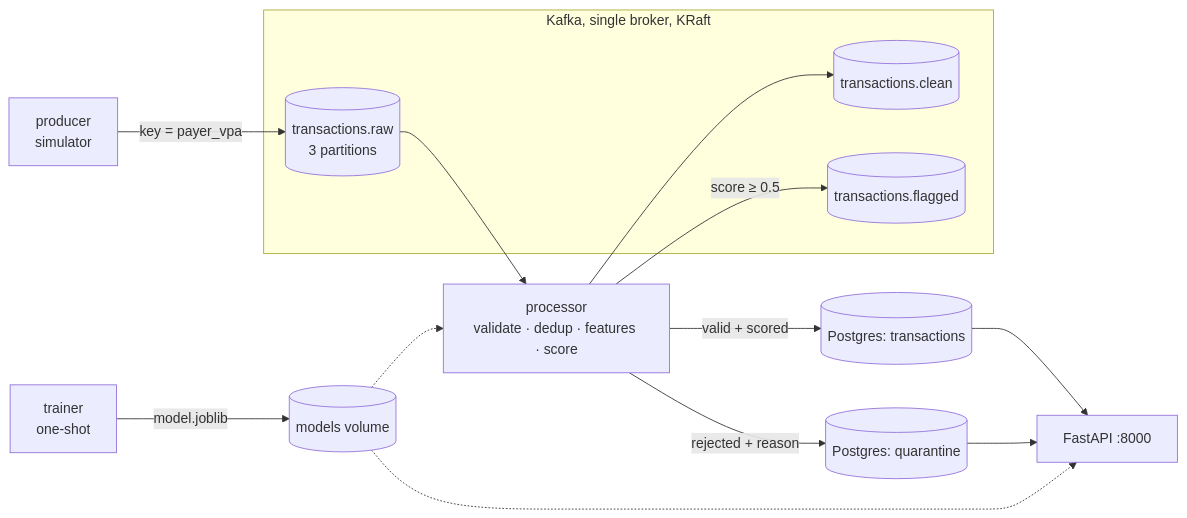
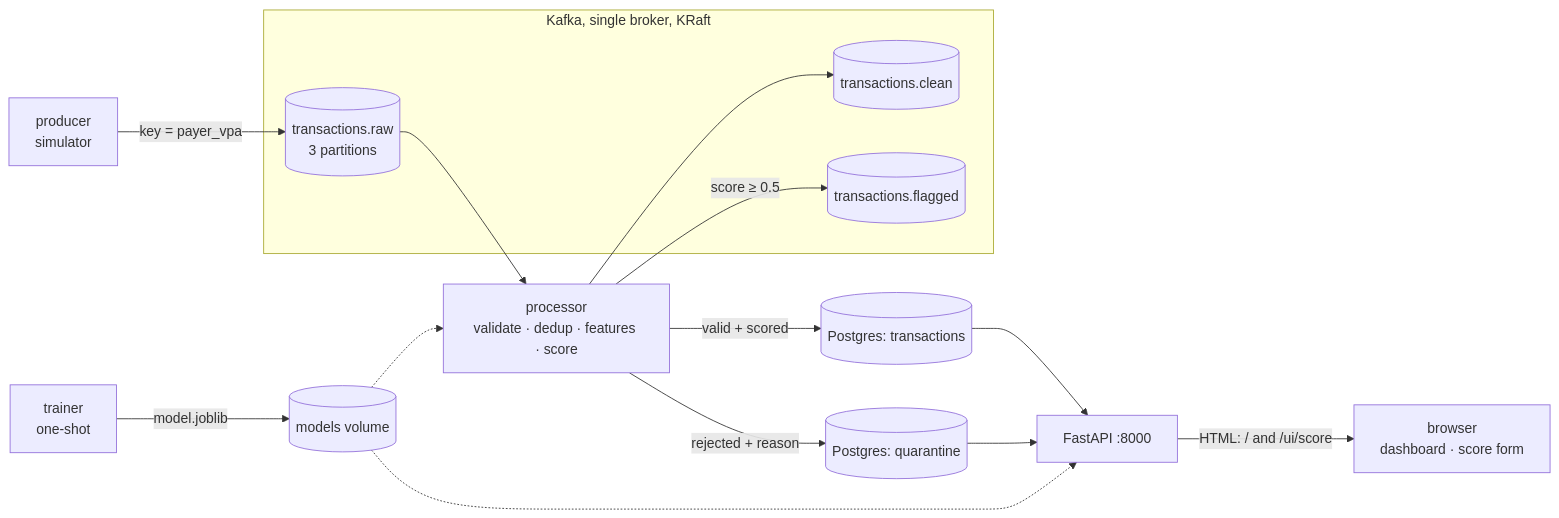
One commit to KARNATI-SREERAM/upi-fraud-pipeline changed the diagram in README.md. Above: the diagram before and after it, drawn with Mermaid. The commit also changed other lines of this file and 8 other files, not shown here.

````diff
--- a/README.md
+++ b/README.md
@@ -11,19 +11,20 @@
 ```mermaid
 flowchart LR
     T[trainer<br/>one-shot] -->|model.joblib| V[(models volume)]
     P[producer<br/>simulator] -->|key = payer_vpa| R[(transactions.raw<br/>3 partitions)]
     subgraph Kafka [Kafka, single broker, KRaft]
         R
         C[(transactions.clean)]
         F[(transactions.flagged)]
     end
     R --> PR[processor<br/>validate · dedup · features · score]
     V -.-> PR
     PR -->|valid + scored| TX[(Postgres: transactions)]
     PR -->|rejected + reason| Q[(Postgres: quarantine)]
     PR --> C
     PR -->|score ≥ 0.5| F
     TX --> API[FastAPI :8000]
     Q --> API
     V -.-> API
+    API -->|HTML: / and /ui/score| B[browser<br/>dashboard · score form]
 ```
````
